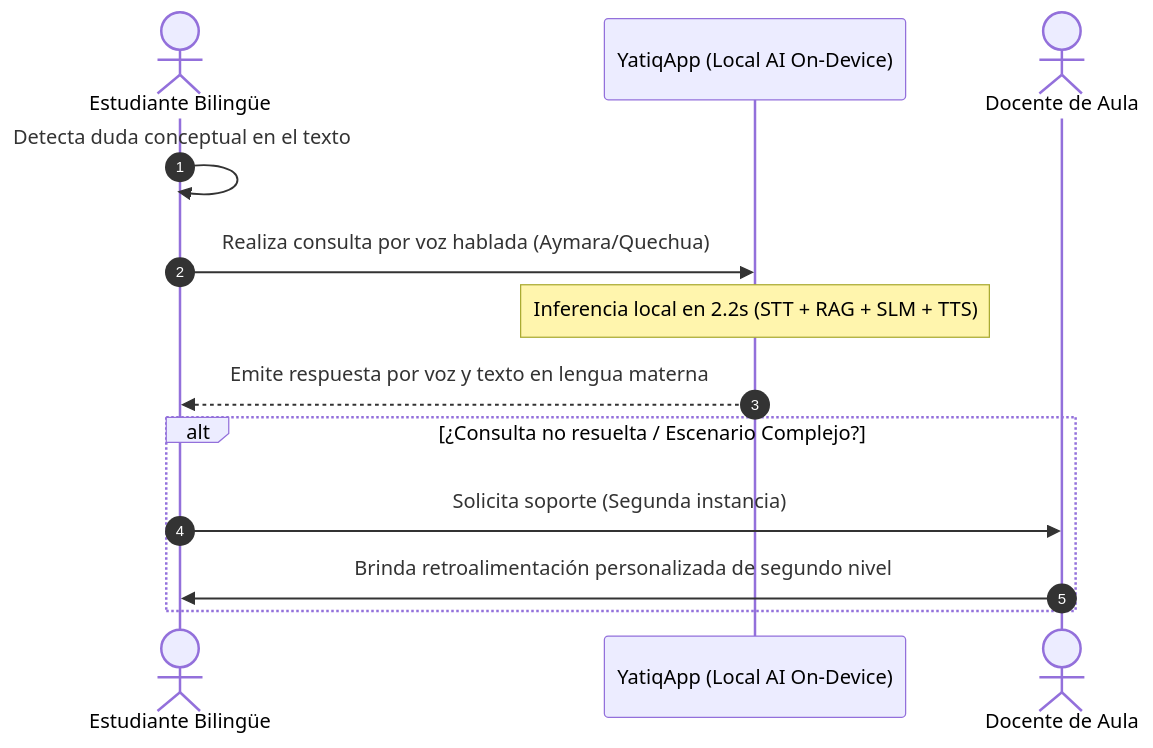
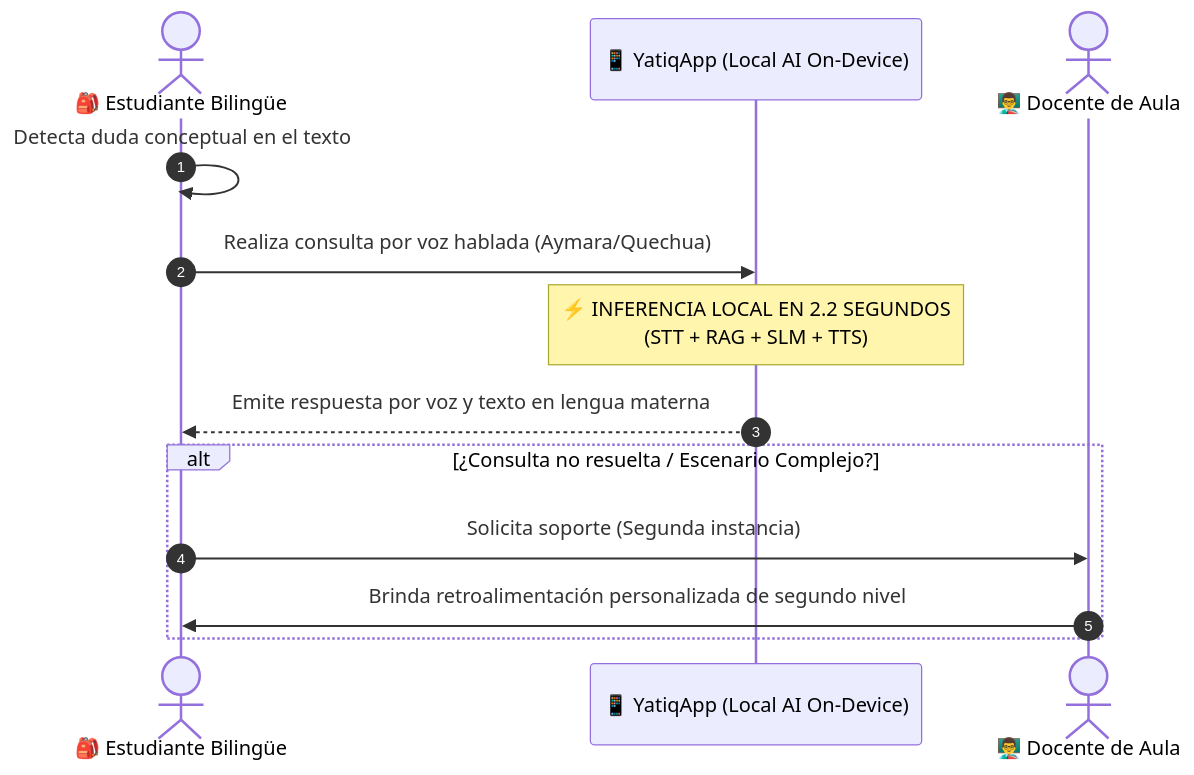
Before and after one commit to jhanslarico11/Perfil-de-Egreso: the third of 4 diagrams in docs/ChristianRafaelMamaniCallata/entregable4.md, drawn with Mermaid. The commit also changed other lines of this file and 4 other files, not shown here.

Commit message:
Personalización visual y estilización de los diagramas Mermaid

````diff
--- a/docs/ChristianRafaelMamaniCallata/entregable4.md
+++ b/docs/ChristianRafaelMamaniCallata/entregable4.md
@@ -132,17 +133,17 @@
 ```mermaid
 sequenceDiagram
     autonumber
-    actor Alumno as Estudiante Bilingüe
-    participant App as YatiqApp (Local AI On-Device)
-    actor Docente as Docente de Aula
+    actor Alumno as 🎒 Estudiante Bilingüe
+    participant App as 📱 YatiqApp (Local AI On-Device)
+    actor Docente as 👨‍🏫 Docente de Aula
     
     Alumno ->> Alumno: Detecta duda conceptual en el texto
     Alumno ->> App: Realiza consulta por voz hablada (Aymara/Quechua)
-    Note over App: Inferencia local en 2.2s (STT + RAG + SLM + TTS)
+    Note over App: ⚡ INFERENCIA LOCAL EN 2.2 SEGUNDOS<br>(STT + RAG + SLM + TTS)
     App -->> Alumno: Emite respuesta por voz y texto en lengua materna
     
     alt ¿Consulta no resuelta / Escenario Complejo?
         Alumno ->> Docente: Solicita soporte (Segunda instancia)
         Docente ->> Alumno: Brinda retroalimentación personalizada de segundo nivel
     end
 ```
````
